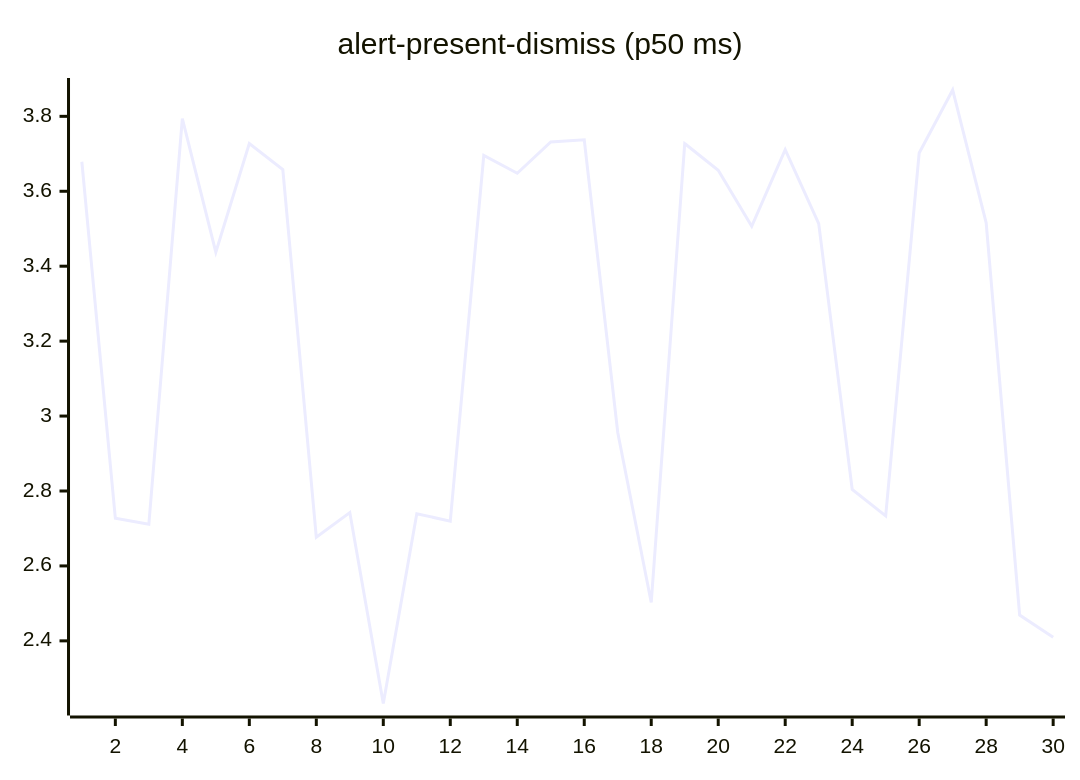
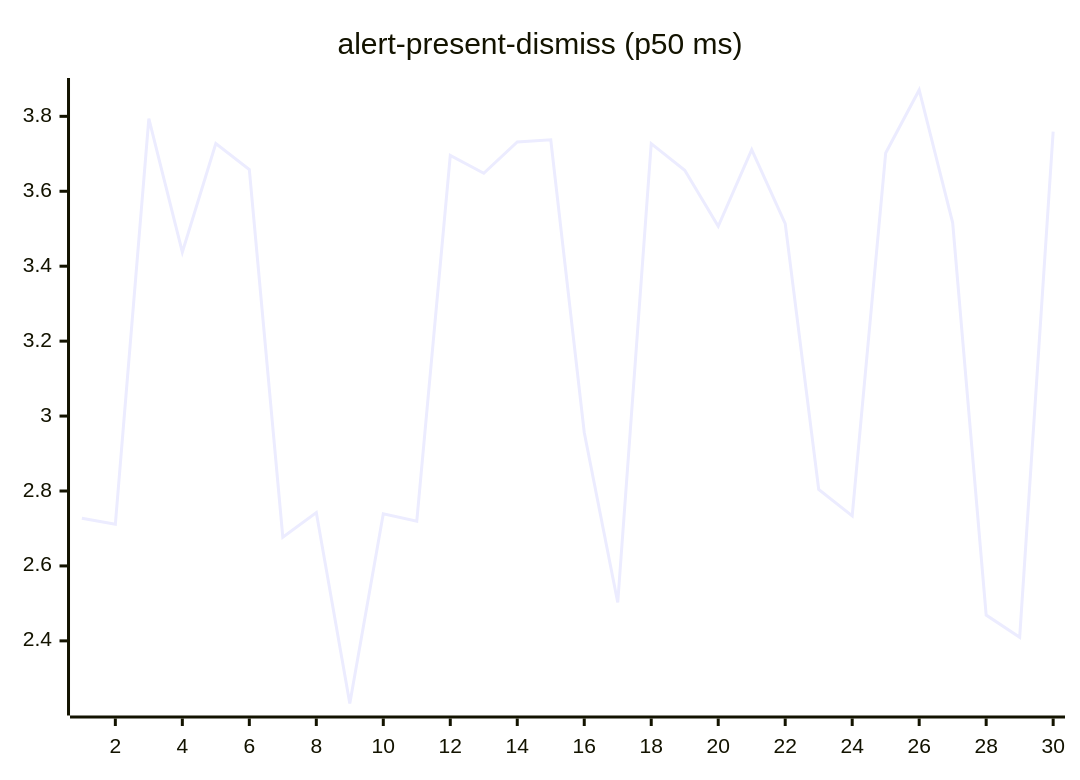
The second of 27 diagrams in README.md (josha/Facet), drawn with Mermaid before and after one commit. The commit also changed other lines of this file and 2 other files, not shown here.

````diff
--- a/README.md
+++ b/README.md
@@ -70,6 +70,6 @@
 ```mermaid
 xychart-beta
     title "alert-present-dismiss (p50 ms)"
     x-axis 1 --> 30
-    line [3.6788, 2.7270, 2.7111, 3.7936, 3.4376, 3.7274, 3.6582, 2.6769, 2.7425, 2.2328, 2.7393, 2.7195, 3.6955, 3.6480, 3.7318, 3.7373, 2.9562, 2.5024, 3.7273, 3.6562, 3.5064, 3.7112, 3.5136, 2.8044, 2.7337, 3.7022, 3.8703, 3.5157, 2.4688, 2.4093]
+    line [2.7270, 2.7111, 3.7936, 3.4376, 3.7274, 3.6582, 2.6769, 2.7425, 2.2328, 2.7393, 2.7195, 3.6955, 3.6480, 3.7318, 3.7373, 2.9562, 2.5024, 3.7273, 3.6562, 3.5064, 3.7112, 3.5136, 2.8044, 2.7337, 3.7022, 3.8703, 3.5157, 2.4688, 2.4093, 3.7592]
 ```
````
